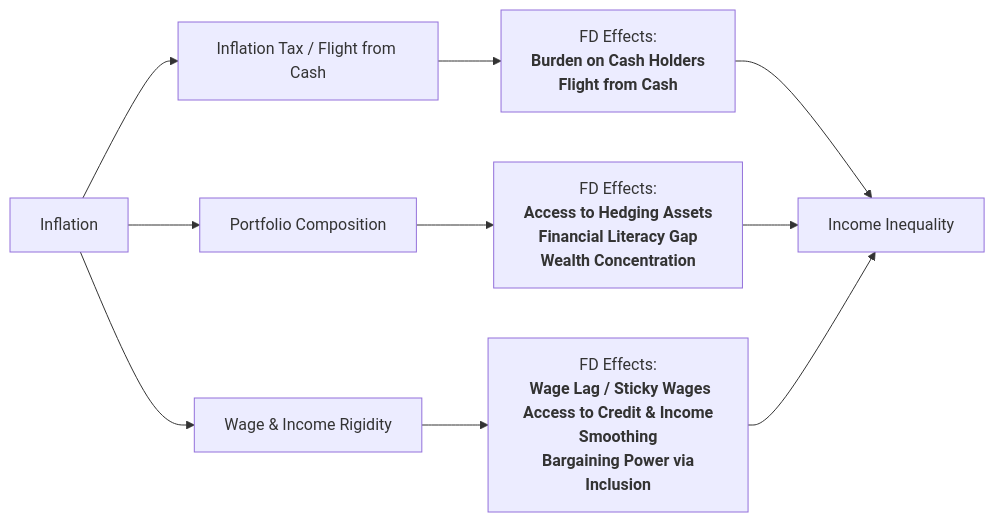
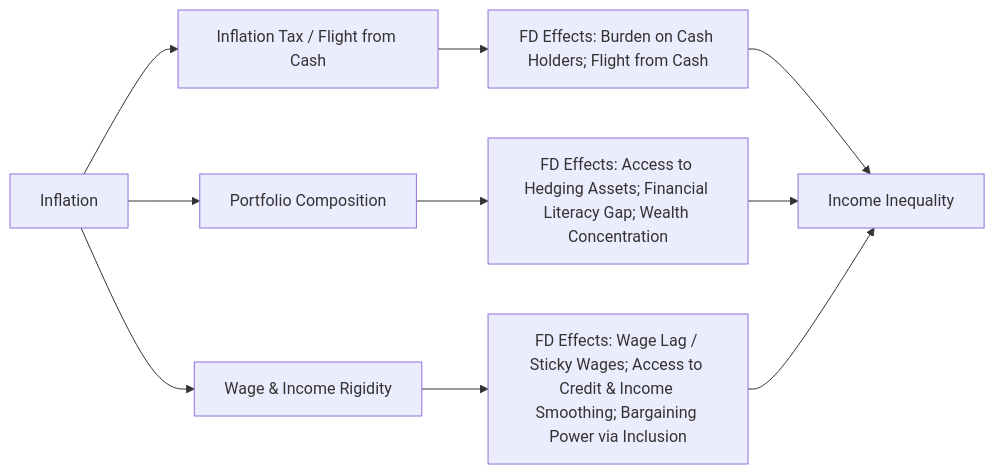
The diagram in FD-Inq&Inf.md (Aboutorabi/FD-Inq-Inf.md), drawn with Mermaid before and after one commit.

````diff
--- a/FD-Inq&Inf.md
+++ b/FD-Inq&Inf.md
@@ -1,20 +1,21 @@
 ```mermaid
 flowchart LR
     F["Inflation"]
 
     %% Channels
     A["Inflation Tax / Flight from Cash"]
     B["Portfolio Composition"]
     C["Wage & Income Rigidity"]
 
-    %% Financial Development Effects (multiline, single line per item)
-    A_sub["FD Effects:<b></br> Burden on Cash Holders<b></br> Flight from Cash"]
-    B_sub["FD Effects:<b></br> Access to Hedging Assets<b></br> Financial Literacy Gap<b></br> Wealth Concentration"]
-    C_sub["FD Effects:<b></br> Wage Lag / Sticky Wages<b></br> Access to Credit & Income Smoothing<b></br> Bargaining Power via Inclusion"]
+    %% Financial Development Effects (all in a single line per channel)
+    A_sub["FD Effects: Burden on Cash Holders; Flight from Cash"]
+    B_sub["FD Effects: Access to Hedging Assets; Financial Literacy Gap; Wealth Concentration"]
+    C_sub["FD Effects: Wage Lag / Sticky Wages; Access to Credit & Income Smoothing; Bargaining Power via Inclusion"]
 
     %% Flow connections
     F --> A --> A_sub --> G["Income Inequality"]
     F --> B --> B_sub --> G
     F --> C --> C_sub --> G
 
+
 ```
````
